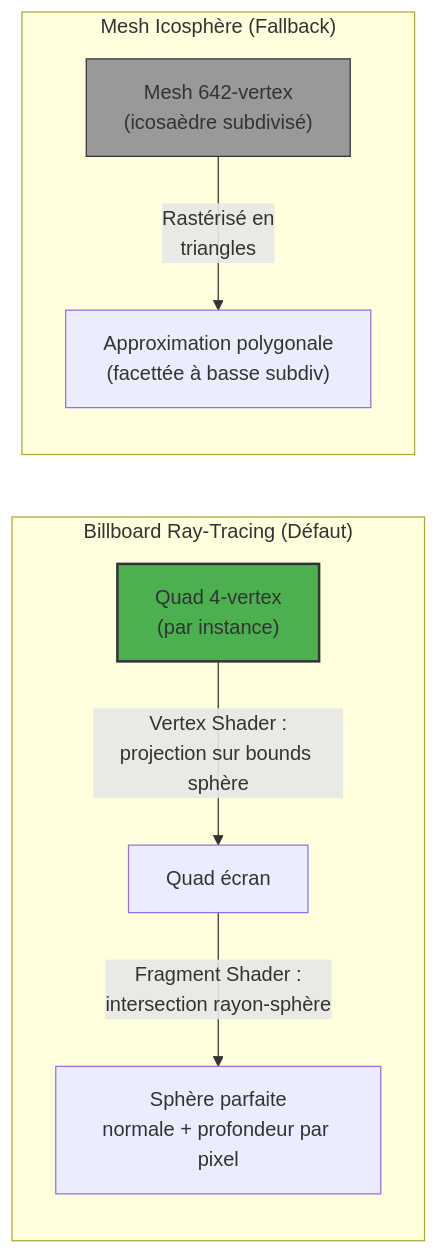
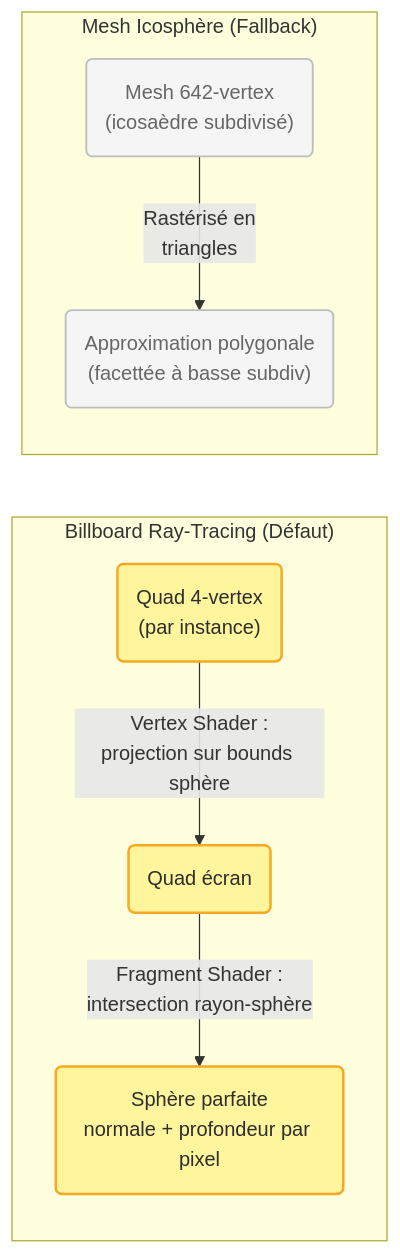
The fifth of 17 diagrams in content/suckless-ogl-anatomie-frame.md (yoyonel/blog_source), drawn with Mermaid before and after one commit. The commit also changed other lines of this file and 4 other files, not shown here.

First line of the commit message:
refactor(mermaid): hand-drawn style + forced light mode for all browsers

```diff
--- a/content/suckless-ogl-anatomie-frame.md
+++ b/content/suckless-ogl-anatomie-frame.md
@@ -297,14 +315,17 @@
 <pre class="mermaid">
 graph LR
     subgraph "Billboard Ray-Tracing (Défaut)"
-        A["Quad 4-vertex<br/>(par instance)"] -->|"Vertex Shader :<br/>projection sur bounds sphère"| B["Quad écran"]
-        B -->|"Fragment Shader :<br/>intersection rayon-sphère"| C["Sphère parfaite<br/>normale + profondeur par pixel"]
+        A("Quad 4-vertex<br/>(par instance)") -->|"Vertex Shader :<br/>projection sur bounds sphère"| B("Quad écran")
+        B -->|"Fragment Shader :<br/>intersection rayon-sphère"| C("Sphère parfaite<br/>normale + profondeur par pixel")
     end
 
     subgraph "Mesh Icosphère (Fallback)"
-        D["Mesh 642-vertex<br/>(icosaèdre subdivisé)"] -->|"Rastérisé en<br/>triangles"| E["Approximation polygonale<br/>(facettée à basse subdiv)"]
+        D("Mesh 642-vertex<br/>(icosaèdre subdivisé)") -->|"Rastérisé en<br/>triangles"| E("Approximation polygonale<br/>(facettée à basse subdiv)")
     end
 
-    style A fill:#4CAF50,stroke:#333,stroke-width:2px
-    style D fill:#999,stroke:#333,stroke-width:1px
+    classDef highlight fill:#fff59d,stroke:#f9a825,stroke-width:2px,color:#2d2d2d
+    classDef fallback fill:#f5f5f5,stroke:#bdbdbd,stroke-width:1.5px,color:#666666
+
+    class A,B,C highlight
+    class D,E fallback
 </pre>
```
